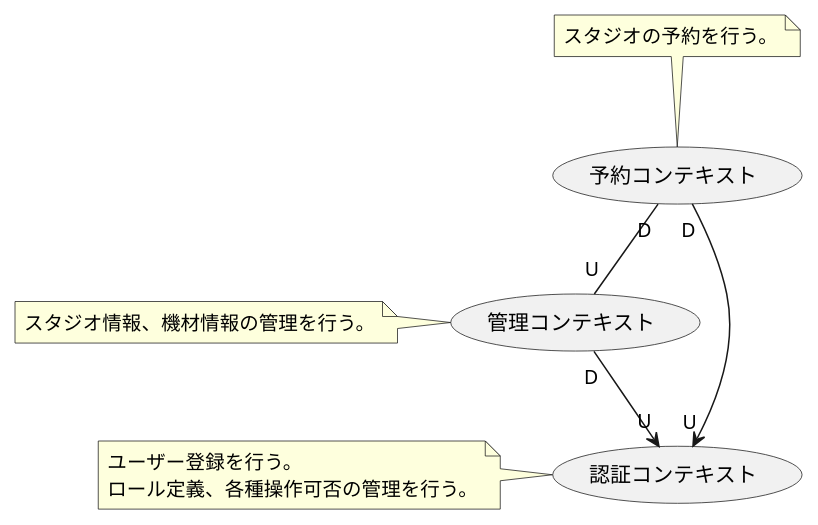
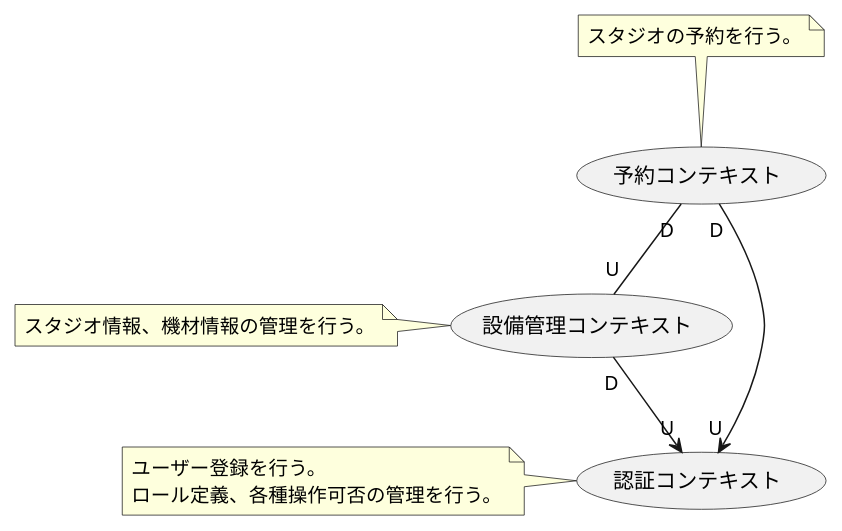
Before and after one commit to TakashiOnawa/ddd-practice-studio-reservation: the diagram in modeling/06_ContextMap.pu, drawn with PlantUML. The commit also changed 24 other files, not shown here.

```diff
--- a/modeling/06_ContextMap.pu
+++ b/modeling/06_ContextMap.pu
@@ -1,20 +1,20 @@
 @startuml ContextMap
 
-(予約コンテキスト) "D" -- "U" (管理コンテキスト)
+(予約コンテキスト) "D" -- "U" (設備管理コンテキスト)
 (予約コンテキスト) "D" --> "U" (認証コンテキスト)
-(管理コンテキスト) "D" --> "U" (認証コンテキスト)
+(設備管理コンテキスト) "D" --> "U" (認証コンテキスト)
 
 note top of (予約コンテキスト)
 スタジオの予約を行う。
 end note
 
-note left of (管理コンテキスト)
+note left of (設備管理コンテキスト)
 スタジオ情報、機材情報の管理を行う。
 end note
 
 note left of (認証コンテキスト)
 ユーザー登録を行う。
 ロール定義、各種操作可否の管理を行う。
 end note
 
 @enduml
```
